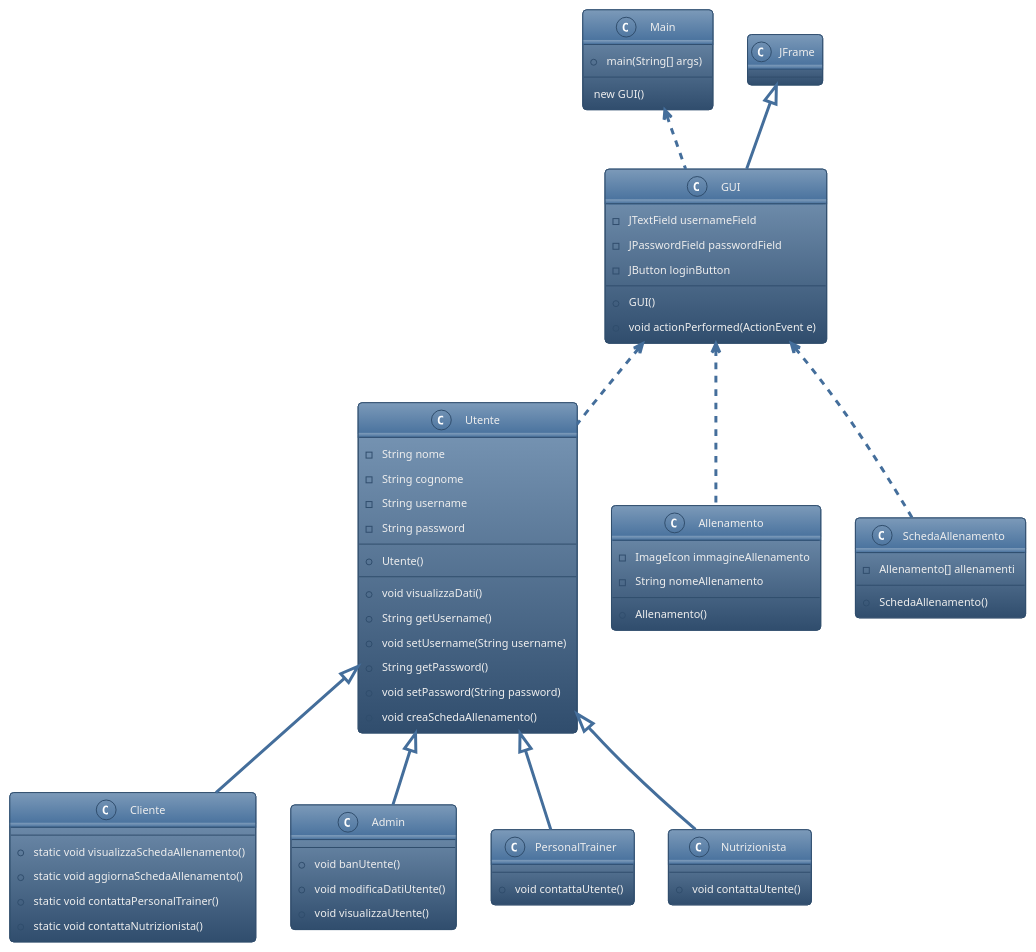
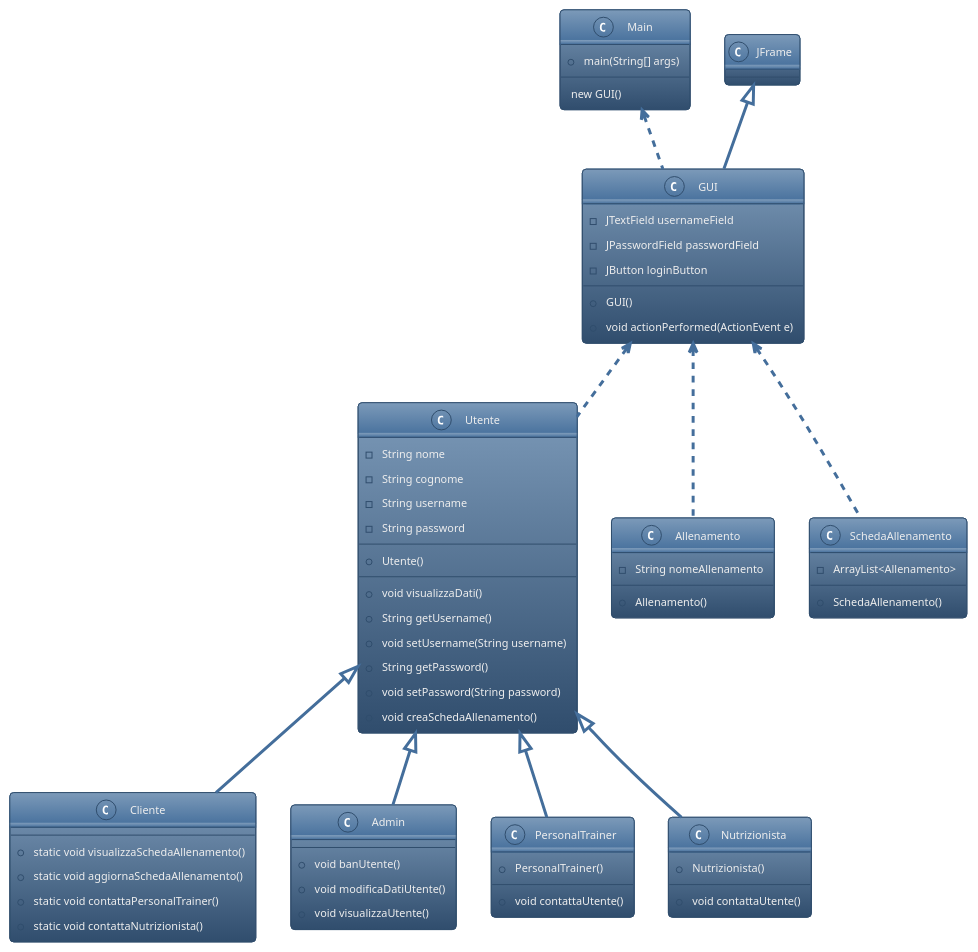
Before and after one commit to simonenapolitano/Progetto_Palestra: the diagram in Uml/Main.puml, drawn with PlantUML.

Commit message:
Modificato il diagramma delle classi UML

```diff
--- a/Uml/Main.puml
+++ b/Uml/Main.puml
@@ -1,74 +1,77 @@
 @startuml Main.puml
 !theme spacelab
 
 class Main {
     +main(String[] args)
     --
     new GUI()
 }
 
 class Utente {
     -String nome
     -String cognome
     -String username
     -String password
     --
     +Utente()
     --
     +void visualizzaDati()
     +String getUsername()
     +void setUsername(String username)
     +String getPassword()
     +void setPassword(String password)
     +void creaSchedaAllenamento()
 }
 
 class Cliente extends Utente {
     +static void visualizzaSchedaAllenamento()
     +static void aggiornaSchedaAllenamento()
     +static void contattaPersonalTrainer()
     +static void contattaNutrizionista()
 }
 
 class Admin extends Utente {
     +void banUtente()
     +void modificaDatiUtente()
     +void visualizzaUtente() 
 }
 
 class PersonalTrainer extends Utente {
+    +PersonalTrainer()
+    --
     +void contattaUtente()
 }
 
 class Nutrizionista extends Utente {
+    +Nutrizionista()
+    --
     +void contattaUtente()
 }
 
 class GUI extends JFrame {
     -JTextField usernameField
     -JPasswordField passwordField
     -JButton loginButton
     --
     +GUI()
     +void actionPerformed(ActionEvent e)
 }
 
 class Allenamento {
-    -ImageIcon immagineAllenamento
     -String nomeAllenamento
     --
     +Allenamento()
 }
 
 class SchedaAllenamento {
-    -Allenamento[] allenamenti
+    -ArrayList<Allenamento>
     --
     +SchedaAllenamento()
 }
 
 Main <.. GUI
 GUI <.. Utente
 GUI <.. SchedaAllenamento 
 GUI <.. Allenamento
 
 @enduml
```
